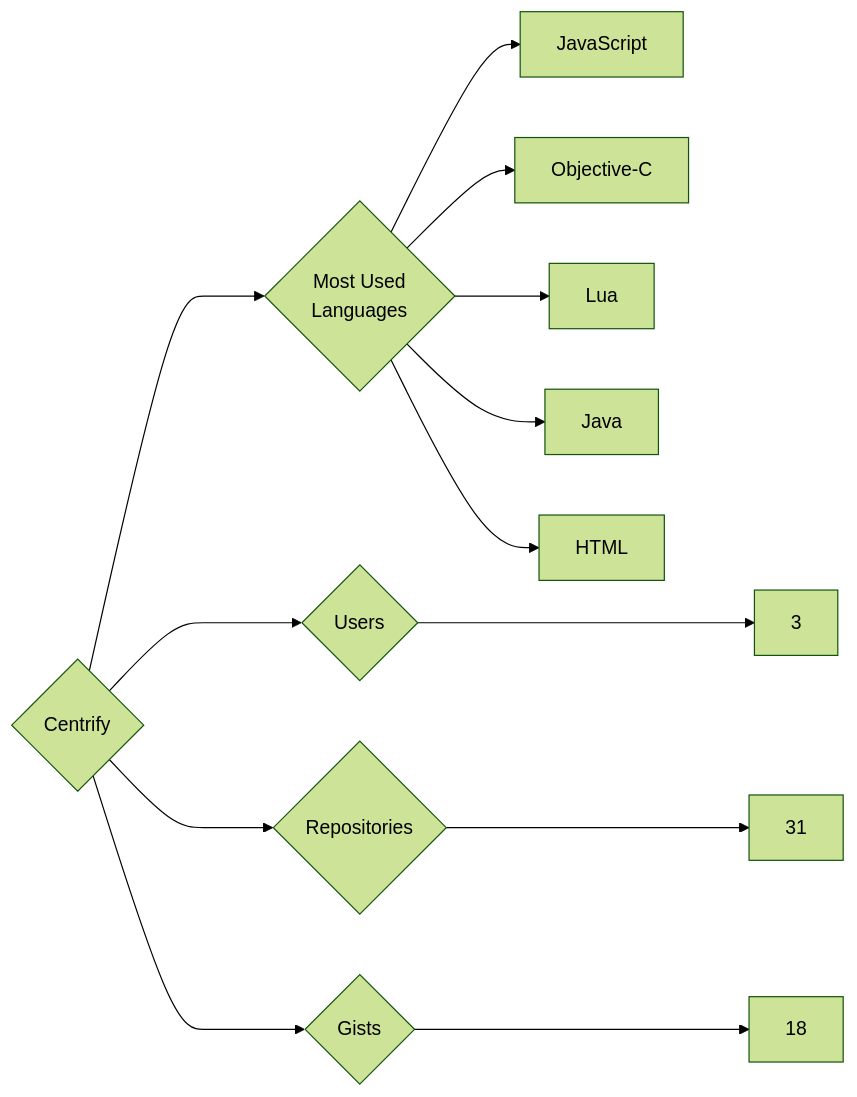
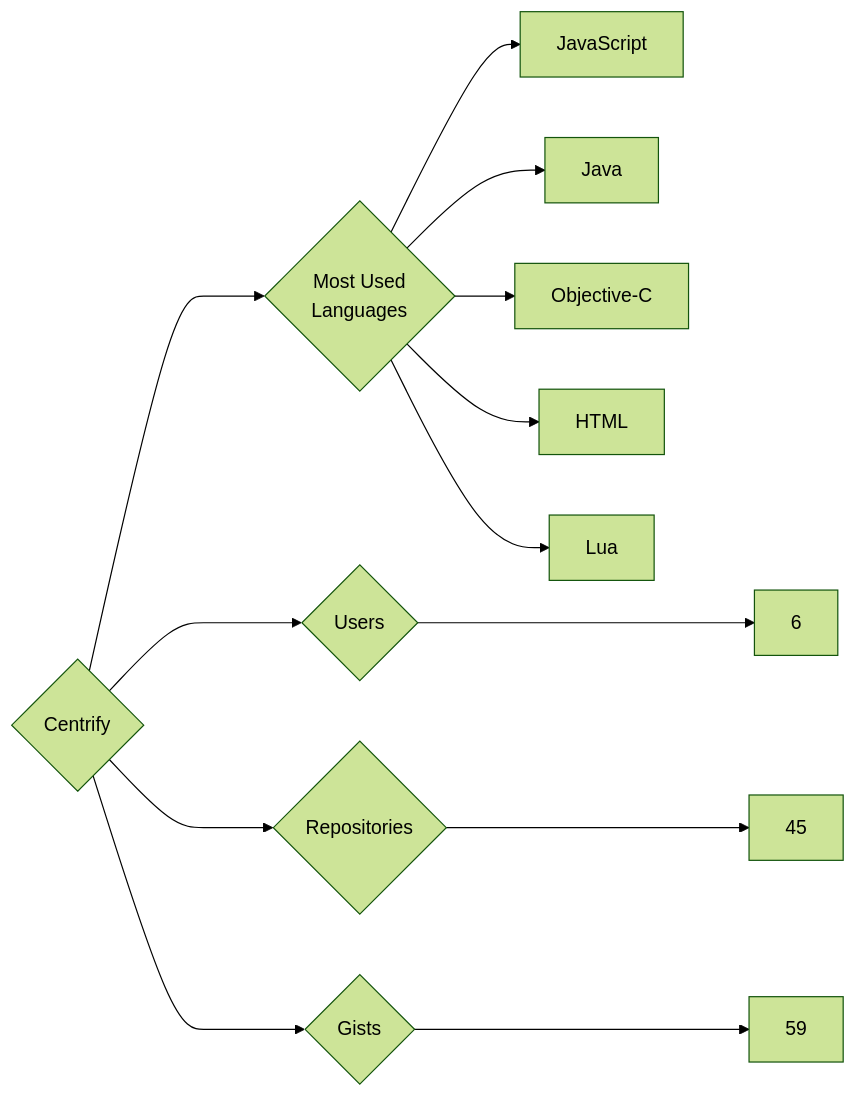
The diagram in targets/Centrify/README.md (trickest/insiders), drawn with Mermaid (forest theme) before and after one commit. The commit also changed 1088 other files, not shown here.

````diff
--- a/targets/Centrify/README.md
+++ b/targets/Centrify/README.md
@@ -3,13 +3,13 @@
 ```mermaid
 graph LR
 COMPANY_NAME{Centrify}
-COMPANY_NAME ---> U{Users} ---> UN[3]
-COMPANY_NAME ---> R{Repositories} ---> RN[31]
-COMPANY_NAME ---> G{Gists} ---> GN[18]
+COMPANY_NAME ---> U{Users} ---> UN[6]
+COMPANY_NAME ---> R{Repositories} ---> RN[45]
+COMPANY_NAME ---> G{Gists} ---> GN[59]
 COMPANY_NAME ---> ML{Most Used<br>Languages}
 ML --> JavaScript[JavaScript]
+ML --> Java[Java]
 ML --> Objective-C[Objective-C]
+ML --> HTML[HTML]
 ML --> Lua[Lua]
-ML --> Java[Java]
-ML --> HTML[HTML]
 ```
````
